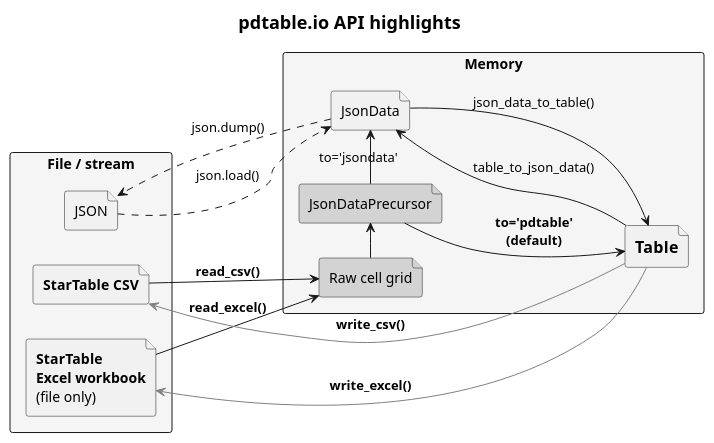
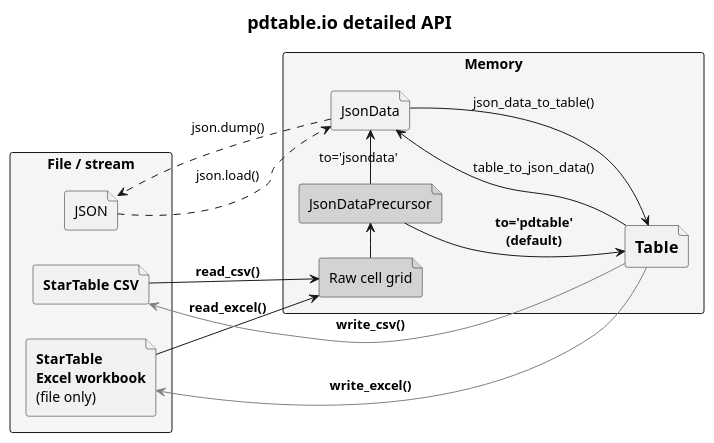
The diagram in docs/diagrams/src/io.puml (startable/pdtable), drawn with PlantUML before and after one commit. The commit also changed 3 other files, not shown here.

Commit message:
Add diagram of simplified pdtable.io API

```diff
--- a/docs/diagrams/src/io.puml
+++ b/docs/diagrams/src/io.puml
@@ -1,40 +1,40 @@
 @startuml io
 
-title = pdtable.io API highlights
+title = pdtable.io detailed API
 
 skinparam {
     ArrowFontName Consolas
 }
 
 left to right direction
 
 rectangle files as "File / stream" #WhiteSmoke {
     file csv as "<b>StarTable CSV"
     file xl as "<b>StarTable\n<b>Excel workbook\n(file only)"
     file json as "JSON"
 }
 
 rectangle memory as "Memory" #WhiteSmoke {
     file table as "==Table"
     file cellgrid as "Raw cell grid" #LightGray
     file prejson as "JsonDataPrecursor" #LightGray
     file jsondata as "JsonData"
 }
 
 csv --> cellgrid : <b>read_csv()
 xl --> cellgrid : <b>read_excel()
 
 cellgrid -> prejson
 prejson -> jsondata : to='jsondata'
 prejson --> table : <b>to='pdtable'\n<b>(default)
 
 json ..> jsondata : json.load()
 jsondata ..> json : json.dump()
 
 jsondata --> table : json_data_to_table()
 jsondata <-- table : table_to_json_data()
 
 csv <-- table #Gray : <b>write_csv()
 xl <-- table #Gray : <b>write_excel()
 
 @enduml
```
